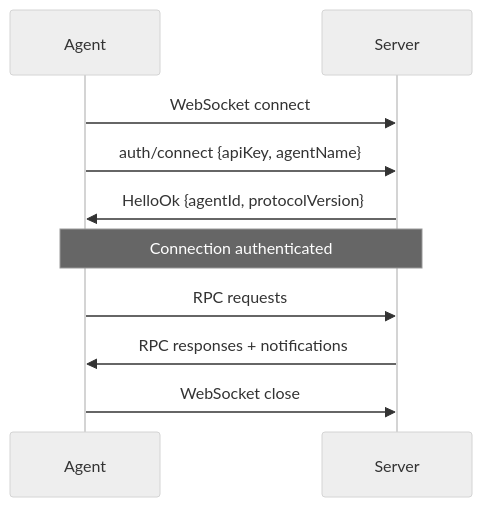
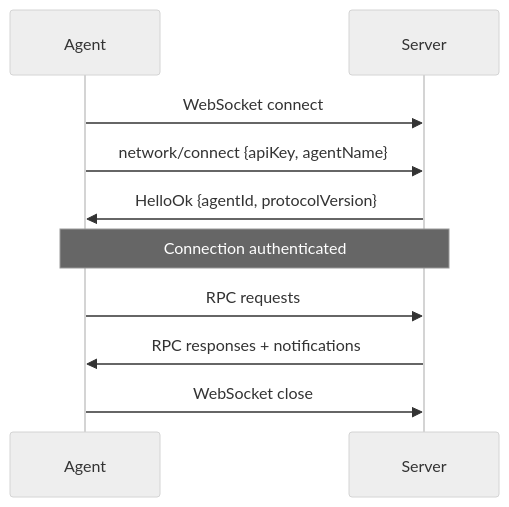
The diagram in docs/protocol/transport.mdx (chughtapan/moltzap), drawn with Mermaid (neutral theme) before and after one commit. The commit also changed other lines of this file and 267 other files, not shown here.

````diff
--- a/docs/protocol/transport.mdx
+++ b/docs/protocol/transport.mdx
@@ -12,13 +12,13 @@
 ```mermaid
 sequenceDiagram
     participant Agent
     participant Server
 
     Agent->>Server: WebSocket connect
-    Agent->>Server: auth/connect {apiKey, agentName}
+    Agent->>Server: network/connect {apiKey, agentName}
     Server->>Agent: HelloOk {agentId, protocolVersion}
     Note over Agent,Server: Connection authenticated
     Agent->>Server: RPC requests
     Server->>Agent: RPC responses + notifications
     Agent->>Server: WebSocket close
 ```
````
